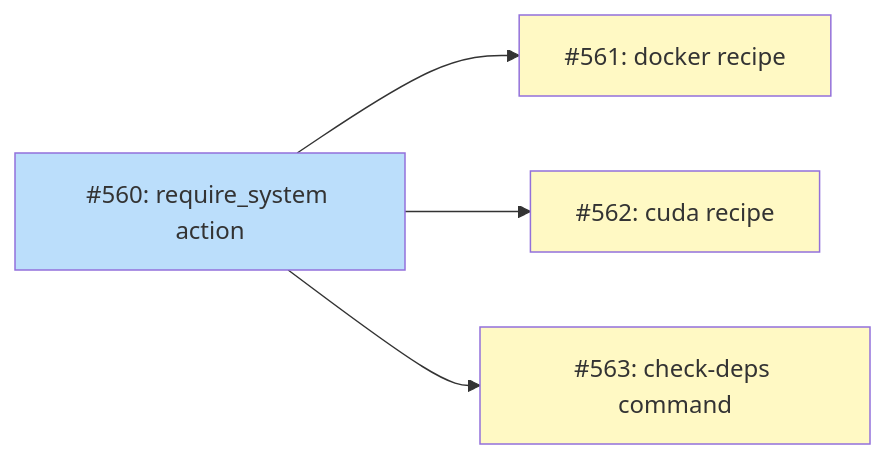
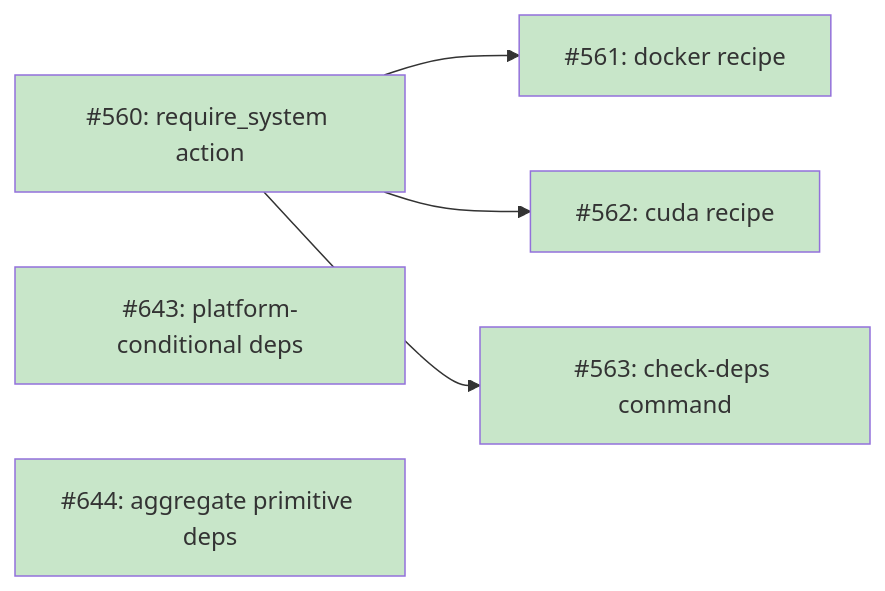
One commit to tsuku-dev/tsuku changed the fourth of 4 diagrams in docs/DESIGN-dependency-provisioning.md. Above: the diagram before and after it, drawn with Mermaid. The commit also changed other lines of this file and 2 other files, not shown here.

````diff
--- a/docs/DESIGN-dependency-provisioning.md
+++ b/docs/DESIGN-dependency-provisioning.md
@@ -137,18 +138,19 @@
 ```mermaid
 graph LR
     I560["#560: require_system action"]
     I561["#561: docker recipe"]
     I562["#562: cuda recipe"]
     I563["#563: check-deps command"]
+    I643["#643: platform-conditional deps"]
+    I644["#644: aggregate primitive deps"]
 
     I560 --> I561
     I560 --> I562
     I560 --> I563
 
     classDef done fill:#c8e6c9
     classDef ready fill:#bbdefb
     classDef blocked fill:#fff9c4
 
-    class I560 ready
-    class I561,I562,I563 blocked
+    class I560,I561,I562,I563,I643,I644 done
 ```
````
